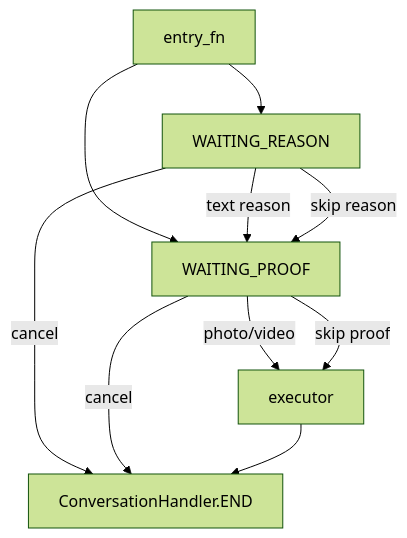
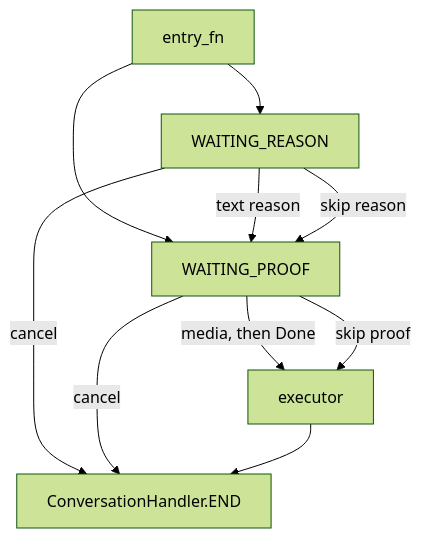
One commit to D1ZZY4/tcbot changed the first of 4 diagrams in docs/architecture/workflows.md. Above: the diagram before and after it, drawn with Mermaid (forest theme). The commit also changed other lines of this file and 16 other files, not shown here.

````diff
--- a/docs/architecture/workflows.md
+++ b/docs/architecture/workflows.md
@@ -64,12 +63,12 @@
 ```mermaid
 flowchart TD
     Entry[entry_fn] --> Reason[WAITING_REASON]
     Entry --> Proof[WAITING_PROOF]
     Reason -->|text reason| Proof
     Reason -->|skip reason| Proof
-    Proof -->|photo/video| Exec[executor]
+    Proof -->|media, then Done| Exec[executor]
     Proof -->|skip proof| Exec
     Reason -->|cancel| End[ConversationHandler.END]
     Proof -->|cancel| End
     Exec --> End
 ```
````
